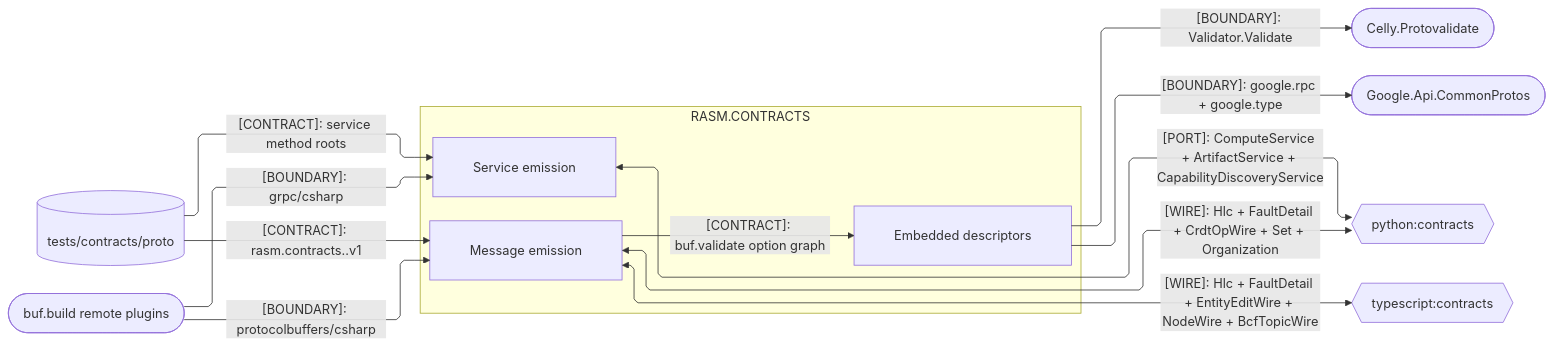
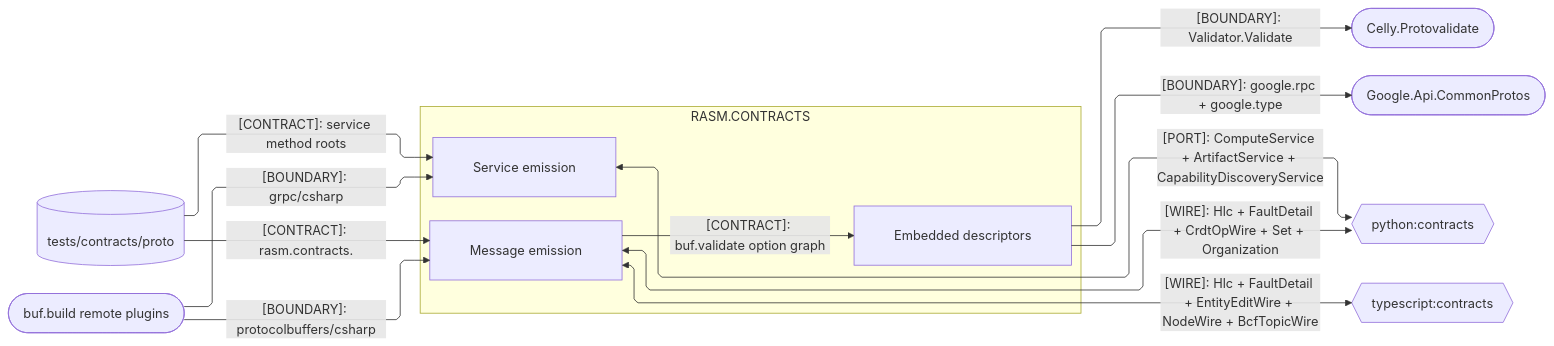
The third of 4 diagrams in libs/csharp/Rasm.Contracts/ARCHITECTURE.md (bsamiee/Rasm), drawn with Mermaid before and after one commit. The commit also changed other lines of this file and 640 other files, not shown here.

````diff
--- a/libs/csharp/Rasm.Contracts/ARCHITECTURE.md
+++ b/libs/csharp/Rasm.Contracts/ARCHITECTURE.md
@@ -172,33 +172,33 @@
 ```mermaid
 ---
 config:
   layout: elk
   flowchart:
     curve: linear
     padding: 25
 ---
 flowchart LR
     accTitle: Rasm.Contracts corpus, emitter, and cross-runtime seams
     accDescr: How corpus and remote plugins author the emission, which runtime packages the descriptors bind, and which roots peer lanes share.
     subgraph contracts[RASM.CONTRACTS]
         Messages[Message emission]
         Services[Service emission]
         Descriptors[Embedded descriptors]
     end
     Corpus[(tests/contracts/proto)]
     Bsr([buf.build remote plugins])
     Protovalidate([Celly.Protovalidate])
     CommonProtos([Google.Api.CommonProtos])
     PyContracts{{python:contracts}}
     TsContracts{{typescript:contracts}}
-    Corpus e1@-->|"[CONTRACT]: rasm.contracts.<family>.v1"| Messages
+    Corpus e1@-->|"[CONTRACT]: rasm.contracts.<family>"| Messages
     Corpus e2@-->|"[CONTRACT]: service method roots"| Services
     Bsr e3@-->|"[BOUNDARY]: protocolbuffers/csharp"| Messages
     Bsr e4@-->|"[BOUNDARY]: grpc/csharp"| Services
     Messages e5@-->|"[CONTRACT]: buf.validate option graph"| Descriptors
     Descriptors e6@-->|"[BOUNDARY]: Validator.Validate"| Protovalidate
     Descriptors e7@-->|"[BOUNDARY]: google.rpc + google.type"| CommonProtos
     Messages e8@<-->|"[WIRE]: Hlc + FaultDetail + CrdtOpWire + Set + Organization"| PyContracts
     Messages e9@<-->|"[WIRE]: Hlc + FaultDetail + EntityEditWire + NodeWire + BcfTopicWire"| TsContracts
     Services e10@<-->|"[PORT]: ComputeService + ArtifactService + CapabilityDiscoveryService"| PyContracts
 ```
````
